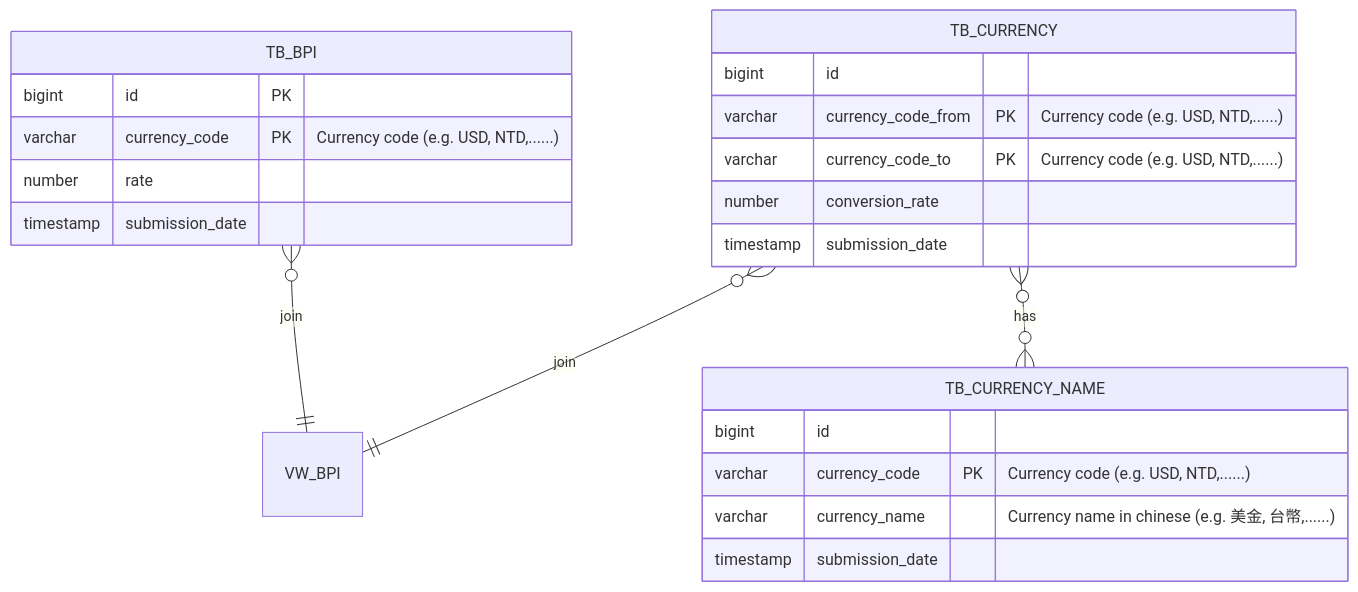
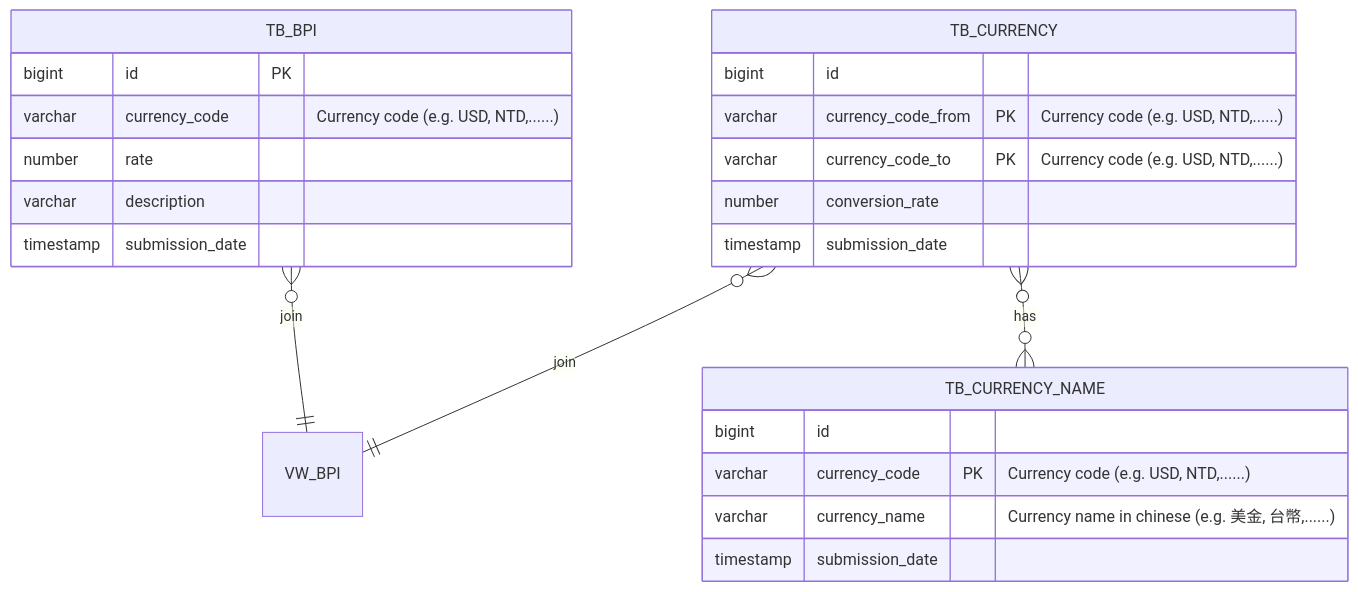
Before and after one commit to hs1n/coindesk-bpi-conveter: the diagram in README.md, drawn with Mermaid.

Commit message:
Update erDiagram

````diff
--- a/README.md
+++ b/README.md
@@ -24,25 +24,26 @@
 ```mermaid
 erDiagram
     TB_BPI }o--|| VW_BPI : join
     TB_BPI {
         bigint id PK
-        varchar currency_code PK "Currency code (e.g. USD, NTD,......)"
+        varchar currency_code "Currency code (e.g. USD, NTD,......)"
         number rate
+        varchar description
         timestamp submission_date
     }
     TB_CURRENCY }o--|| VW_BPI : join
     TB_CURRENCY {
         bigint id
         varchar currency_code_from PK "Currency code (e.g. USD, NTD,......)"
         varchar currency_code_to PK "Currency code (e.g. USD, NTD,......)"
         number conversion_rate
         timestamp submission_date
     }
     TB_CURRENCY }o--o{ TB_CURRENCY_NAME : has
     TB_CURRENCY_NAME {
         bigint id
         varchar currency_code PK "Currency code (e.g. USD, NTD,......)"
         varchar currency_name "Currency name in chinese (e.g. 美金, 台幣,......)"
         timestamp submission_date
     }
 ```
````
